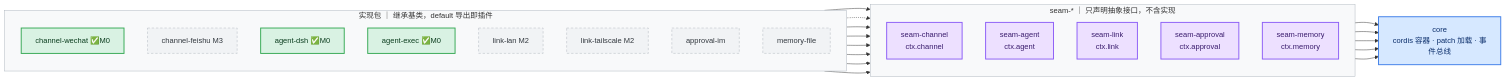
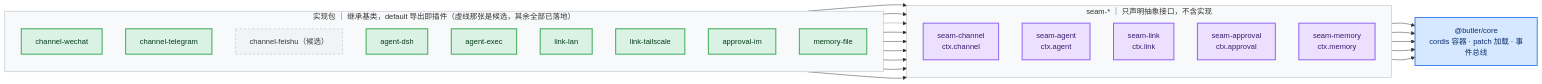
One commit to Leowuqunqun/ai-butler changed the diagram in docs/diagrams/tech-03-seams.mmd. Above: the diagram before and after it, drawn with Mermaid. The commit also changed 14 other files, not shown here.

First line of the commit message:
docs(diagrams): 7 张图对齐现状 —— hub/node 是角色、M 标签换成真实状态、类名改对

```diff
--- a/docs/diagrams/tech-03-seams.mmd
+++ b/docs/diagrams/tech-03-seams.mmd
@@ -1,44 +1,46 @@
 flowchart LR
     subgraph SEAM["seam-* ｜ 只声明抽象接口，不含实现"]
         direction TB
         SC["seam-channel<br/>ctx.channel"]
         SA["seam-agent<br/>ctx.agent"]
         SL["seam-link<br/>ctx.link"]
         SP["seam-approval<br/>ctx.approval"]
         SM["seam-memory<br/>ctx.memory"]
     end
-    subgraph IMPL["实现包 ｜ 继承基类，default 导出即插件"]
+    subgraph IMPL["实现包 ｜ 继承基类，default 导出即插件（虚线那张是候选，其余全部已落地）"]
         direction TB
-        CW["channel-wechat ✅M0"]
-        CF["channel-feishu M3"]
-        AD["agent-dsh ✅M0"]
-        AE["agent-exec ✅M0"]
-        LL["link-lan M2"]
-        LT["link-tailscale M2"]
+        CW["channel-wechat"]
+        CT["channel-telegram"]
+        CF["channel-feishu（候选）"]
+        AD["agent-dsh"]
+        AE["agent-exec"]
+        LL["link-lan"]
+        LT["link-tailscale"]
         AI["approval-im"]
         MF["memory-file"]
     end
-    CORE["core<br/>cordis 容器 · patch 加载 · 事件总线"]
+    CORE["@butler/core<br/>cordis 容器 · patch 加载 · 事件总线"]
     CW --> SC
+    CT --> SC
     CF -.-> SC
     AD --> SA
     AE --> SA
     LL --> SL
     LT --> SL
     AI --> SP
     MF --> SM
     SC --> CORE
     SA --> CORE
     SL --> CORE
     SP --> CORE
     SM --> CORE
     classDef seam fill:#EDE0FF,stroke:#8B5CF6,stroke-width:2px,color:#3B1D6E
     classDef done fill:#D9F2E3,stroke:#34A853,stroke-width:2px,color:#0B3D1E
     classDef todo fill:#F1F3F5,stroke:#ADB5BD,stroke-dasharray:5 4,color:#343A40
     classDef core fill:#D6E8FF,stroke:#3D7DE8,stroke-width:2px,color:#0B2E6B
     class SC,SA,SL,SP,SM seam
-    class CW,AD,AE done
-    class CF,LL,LT,AI,MF todo
+    class CW,CT,AD,AE,LL,LT,AI,MF done
+    class CF todo
     class CORE core
 style SEAM fill:#F8F9FA,stroke:#ADB5BD,stroke-width:1px
 style IMPL fill:#F8F9FA,stroke:#ADB5BD,stroke-width:1px
```
